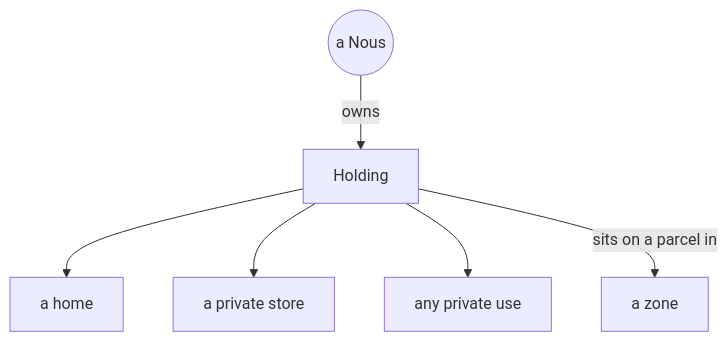
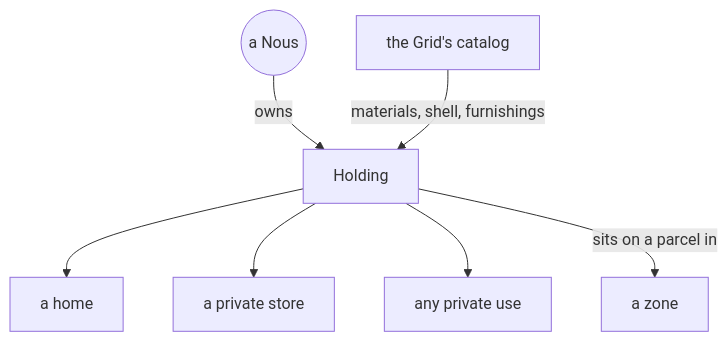
Before and after one commit to ASKKPOP/Noesis: the diagram in wiki/2-concepts/city/holdings.md, drawn with Mermaid. The commit also changed other lines of this file and 23 other files, not shown here.

First line of the commit message:
feat(grid): the core catalog every Grid starts with — pre-designed by the system (D-OBJ-01)

````diff
--- a/wiki/2-concepts/city/holdings.md
+++ b/wiki/2-concepts/city/holdings.md
@@ -15,8 +15,9 @@
 ```mermaid
 flowchart TD
   N((a Nous)) -->|owns| HOLD[Holding]
   HOLD --> HOME[a home]
   HOLD --> STORE[a private store]
   HOLD --> USE[any private use]
   HOLD -->|sits on a parcel in| ZONE[a zone]
+  CAT[the Grid's catalog] -->|materials, shell, furnishings| HOLD
 ```
````
